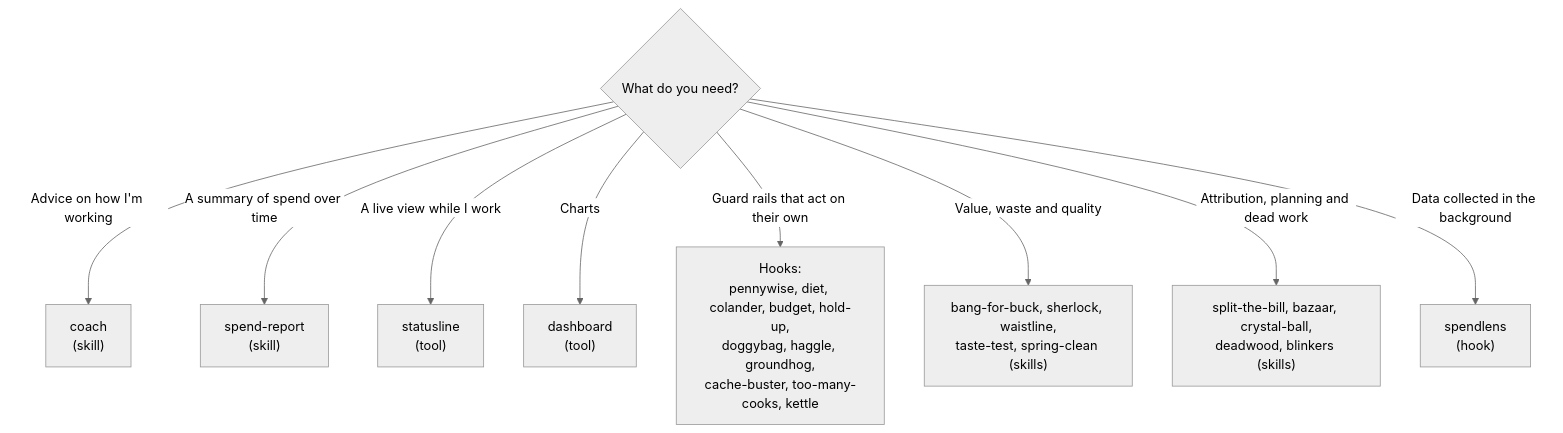
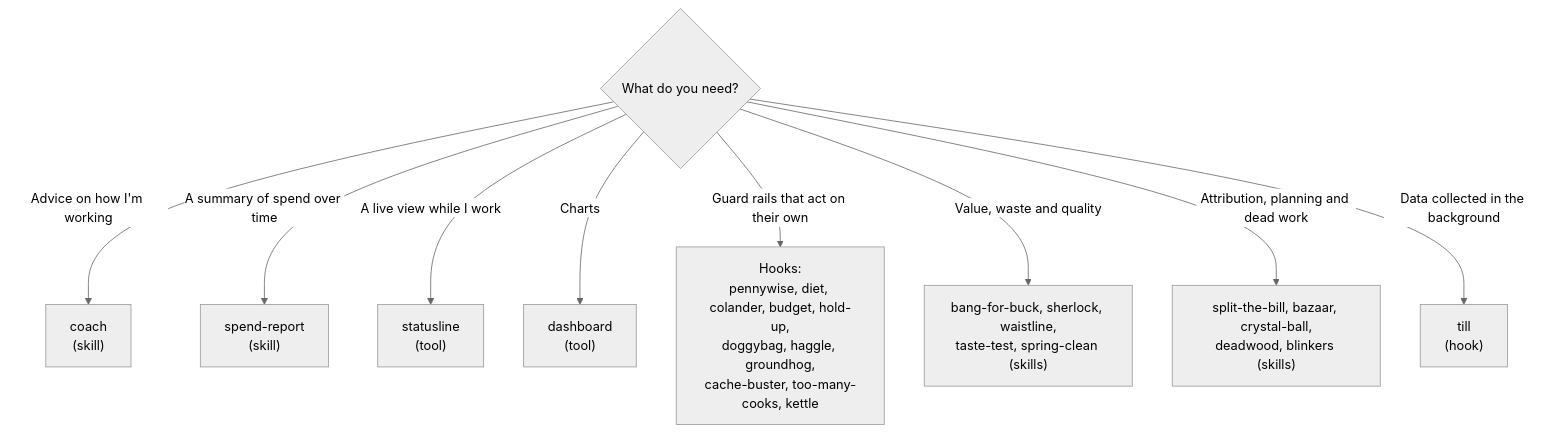
One commit to andrew44/agentarium changed the first of 2 diagrams in docs/skills-tools-and-hooks.md. Above: the diagram before and after it, drawn with Mermaid (neutral theme). The commit also changed other lines of this file and 207 other files, not shown here.

First line of the commit message:
Rename tokenomics to agentarium, and spendlens to till

````diff
--- a/docs/skills-tools-and-hooks.md
+++ b/docs/skills-tools-and-hooks.md
@@ -62,11 +62,11 @@
 ```mermaid
 flowchart TD
     Q{"What do you need?"} -->|"Advice on how I'm working"| CF["coach<br/>(skill)"]
     Q -->|"A summary of spend over time"| SR["spend-report<br/>(skill)"]
     Q -->|"A live view while I work"| SB["statusline<br/>(tool)"]
     Q -->|"Charts"| DB["dashboard<br/>(tool)"]
     Q -->|"Guard rails that act on their own"| H["Hooks:<br/>pennywise, diet, colander, budget, hold-up,<br/>doggybag, haggle, groundhog,<br/>cache-buster, too-many-cooks, kettle"]
     Q -->|"Value, waste and quality"| V["bang-for-buck, sherlock, waistline,<br/>taste-test, spring-clean (skills)"]
     Q -->|"Attribution, planning and dead work"| I["split-the-bill, bazaar, crystal-ball,<br/>deadwood, blinkers (skills)"]
-    Q -->|"Data collected in the background"| SL["spendlens<br/>(hook)"]
+    Q -->|"Data collected in the background"| SL["till<br/>(hook)"]
 ```
````
